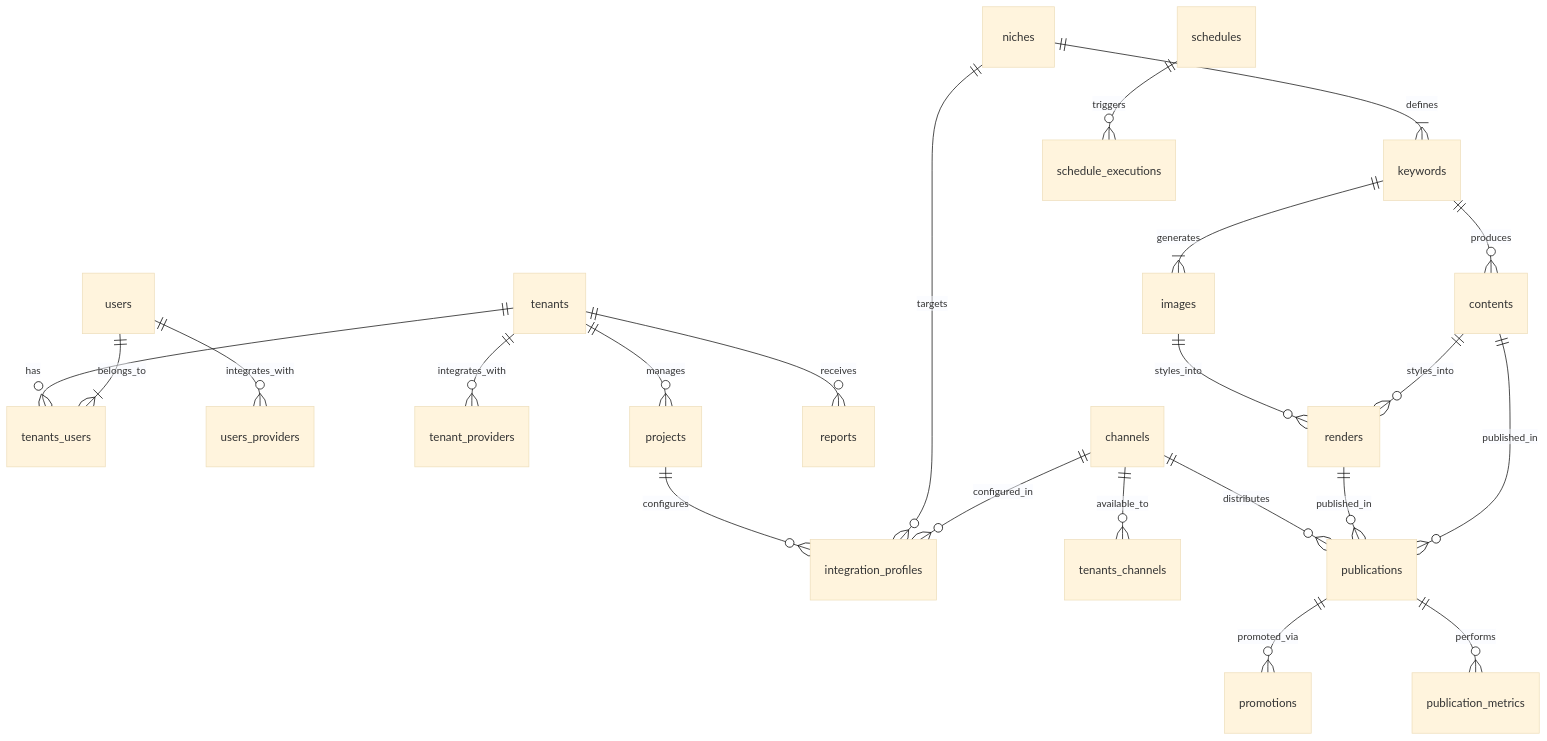
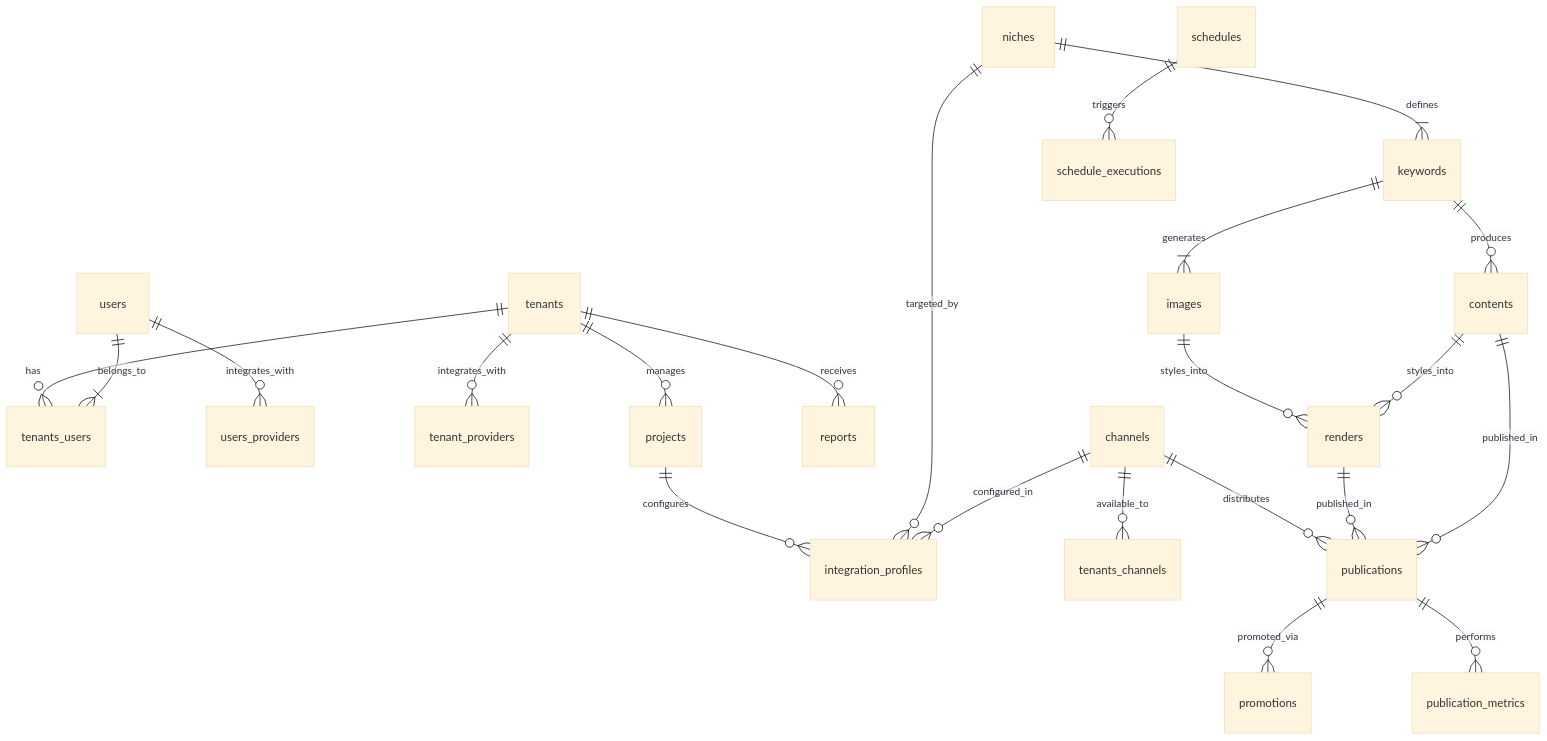
One commit to rhamblin/content_automation_engine changed the first of 2 diagrams in README.md. Above: the diagram before and after it, drawn with Mermaid (base theme). The commit also changed other lines of this file, not shown here.

````diff
--- a/README.md
+++ b/README.md
@@ -118,24 +118,24 @@
 ```mermaid
 erDiagram
     tenants       ||--o{  tenants_users : "has"
     users         ||--|{  tenants_users : belongs_to
     users         ||--o{  users_providers: integrates_with
     tenants       ||--o{  tenant_providers : integrates_with
     tenants       ||--o{  projects : manages
     tenants       ||--o{  reports  : receives
     projects      ||--o{  integration_profiles : configures
-    niches        ||--o{  integration_profiles : targets
+    niches        ||--o{  integration_profiles : targeted_by
     niches        ||--|{  keywords : defines
     keywords      ||--|{  images : generates
     keywords      ||--o{  contents : produces
     images        ||--o{  renders: styles_into
     contents      ||--o{  renders: styles_into
     channels      ||--o{  tenants_channels: available_to
     channels      ||--o{  integration_profiles: configured_in
     channels      ||--o{  publications: distributes
     renders       ||--o{  publications: published_in
     contents      ||--o{  publications: published_in
     publications  ||--o{  promotions: promoted_via
     publications  ||--o{  publication_metrics: performs
     schedules     ||--o{  schedule_executions: triggers
 ```
````
